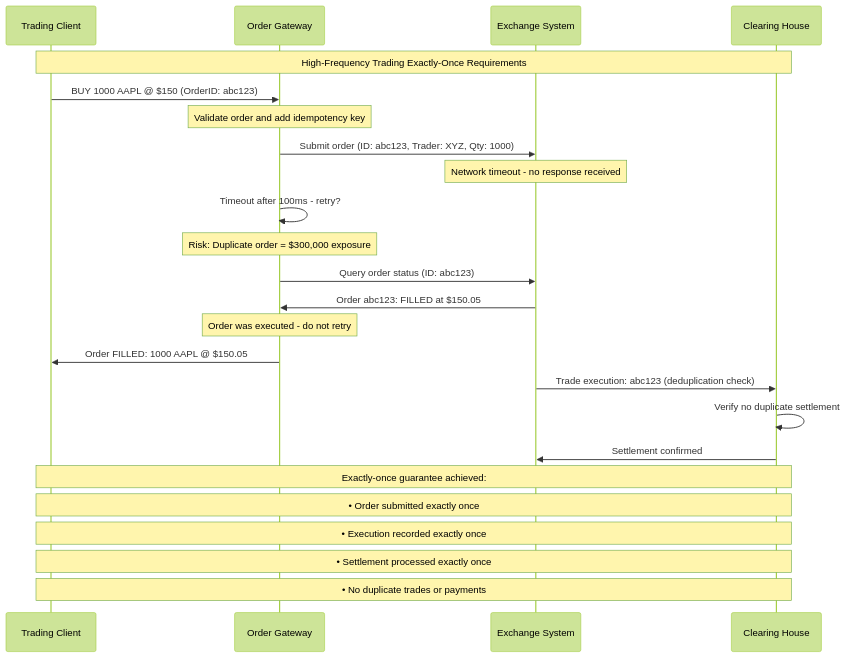
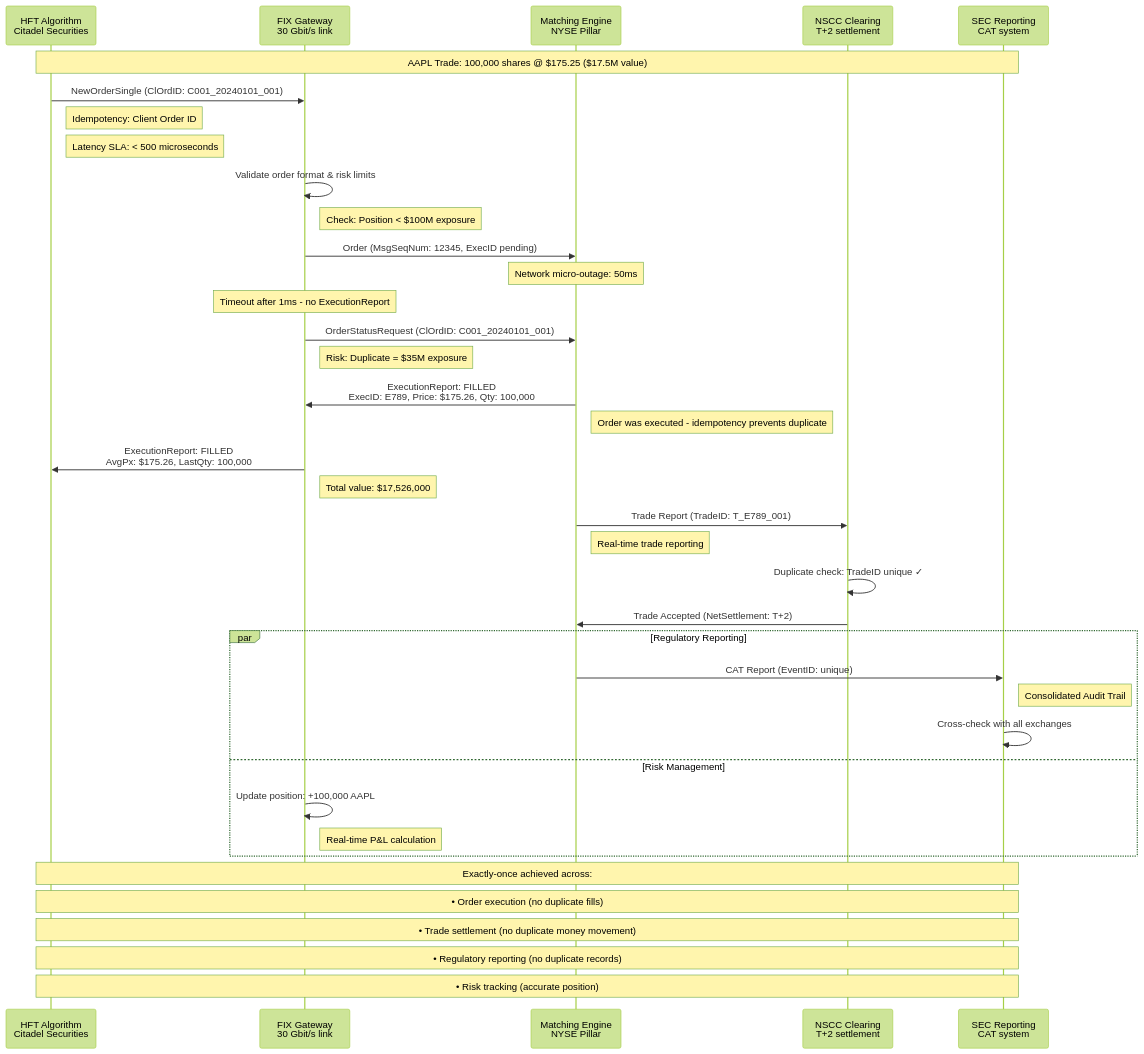
Before and after one commit to deepaucksharma/DS: the fourth of 10 diagrams in site/docs/guarantees/exactly-once/exactly-once-concept.md, drawn with Mermaid (forest theme). The commit also changed other lines of this file and 42 other files, not shown here.

````diff
--- a/site/docs/guarantees/exactly-once/exactly-once-concept.md
+++ b/site/docs/guarantees/exactly-once/exactly-once-concept.md
@@ -168,38 +163,50 @@
 ```mermaid
 sequenceDiagram
-    participant Trader as Trading Client
-    participant Gateway as Order Gateway
-    participant Exchange as Exchange System
-    participant Clearing as Clearing House
+    participant HFT as HFT Algorithm<br/>Citadel Securities
+    participant FIX as FIX Gateway<br/>30 Gbit/s link
+    participant MATCHING as Matching Engine<br/>NYSE Pillar
+    participant CLEARING as NSCC Clearing<br/>T+2 settlement
+    participant REGULATOR as SEC Reporting<br/>CAT system
 
-    Note over Trader,Clearing: High-Frequency Trading Exactly-Once Requirements
+    Note over HFT,REGULATOR: AAPL Trade: 100,000 shares @ $175.25 ($17.5M value)
 
-    Trader->>Gateway: BUY 1000 AAPL @ $150 (OrderID: abc123)
+    HFT->>FIX: NewOrderSingle (ClOrdID: C001_20240101_001)
+    Note right of HFT: Idempotency: Client Order ID
+    Note right of HFT: Latency SLA: < 500 microseconds
 
-    Note over Gateway: Validate order and add idempotency key
+    FIX->>FIX: Validate order format & risk limits
+    Note right of FIX: Check: Position < $100M exposure
+    FIX->>MATCHING: Order (MsgSeqNum: 12345, ExecID pending)
 
-    Gateway->>Exchange: Submit order (ID: abc123, Trader: XYZ, Qty: 1000)
+    Note over MATCHING: Network micro-outage: 50ms
+    Note over FIX: Timeout after 1ms - no ExecutionReport
 
-    Note over Exchange: Network timeout - no response received
+    FIX->>MATCHING: OrderStatusRequest (ClOrdID: C001_20240101_001)
+    Note right of FIX: Risk: Duplicate = $35M exposure
 
-    Gateway->>Gateway: Timeout after 100ms - retry?
+    MATCHING->>FIX: ExecutionReport: FILLED<br/>ExecID: E789, Price: $175.26, Qty: 100,000
+    Note right of MATCHING: Order was executed - idempotency prevents duplicate
 
-    Note over Gateway: Risk: Duplicate order = $300,000 exposure
+    FIX->>HFT: ExecutionReport: FILLED<br/>AvgPx: $175.26, LastQty: 100,000
+    Note right of FIX: Total value: $17,526,000
 
-    Gateway->>Exchange: Query order status (ID: abc123)
-    Exchange->>Gateway: Order abc123: FILLED at $150.05
+    MATCHING->>CLEARING: Trade Report (TradeID: T_E789_001)
+    Note right of MATCHING: Real-time trade reporting
+    CLEARING->>CLEARING: Duplicate check: TradeID unique ✓
+    CLEARING->>MATCHING: Trade Accepted (NetSettlement: T+2)
 
-    Note over Gateway: Order was executed - do not retry
+    par Regulatory Reporting
+        MATCHING->>REGULATOR: CAT Report (EventID: unique)
+        Note right of REGULATOR: Consolidated Audit Trail
+        REGULATOR->>REGULATOR: Cross-check with all exchanges
+    and Risk Management
+        FIX->>FIX: Update position: +100,000 AAPL
+        Note right of FIX: Real-time P&L calculation
+    end
 
-    Gateway->>Trader: Order FILLED: 1000 AAPL @ $150.05
-
-    Exchange->>Clearing: Trade execution: abc123 (deduplication check)
-    Clearing->>Clearing: Verify no duplicate settlement
-    Clearing->>Exchange: Settlement confirmed
-
-    Note over Trader,Clearing: Exactly-once guarantee achieved:
-    Note over Trader,Clearing: • Order submitted exactly once
-    Note over Trader,Clearing: • Execution recorded exactly once
-    Note over Trader,Clearing: • Settlement processed exactly once
-    Note over Trader,Clearing: • No duplicate trades or payments
+    Note over HFT,REGULATOR: Exactly-once achieved across:
+    Note over HFT,REGULATOR: • Order execution (no duplicate fills)
+    Note over HFT,REGULATOR: • Trade settlement (no duplicate money movement)
+    Note over HFT,REGULATOR: • Regulatory reporting (no duplicate records)
+    Note over HFT,REGULATOR: • Risk tracking (accurate position)
 ```
````
